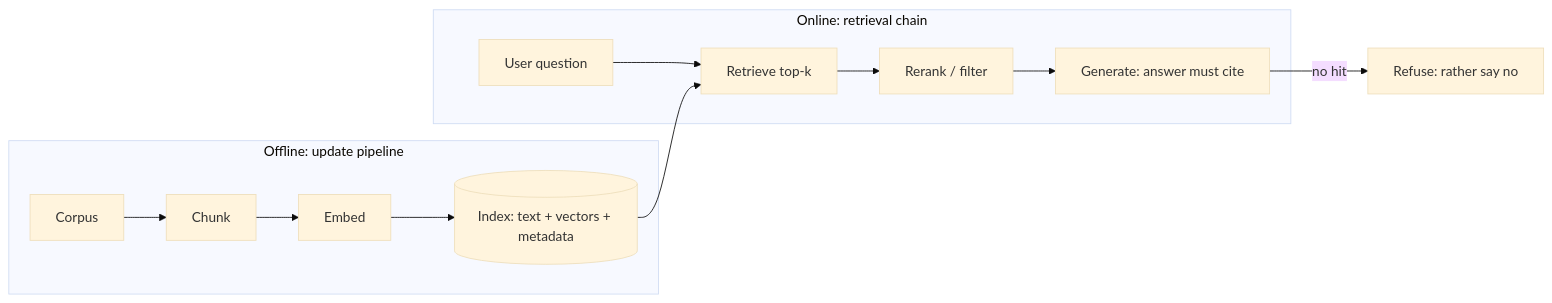
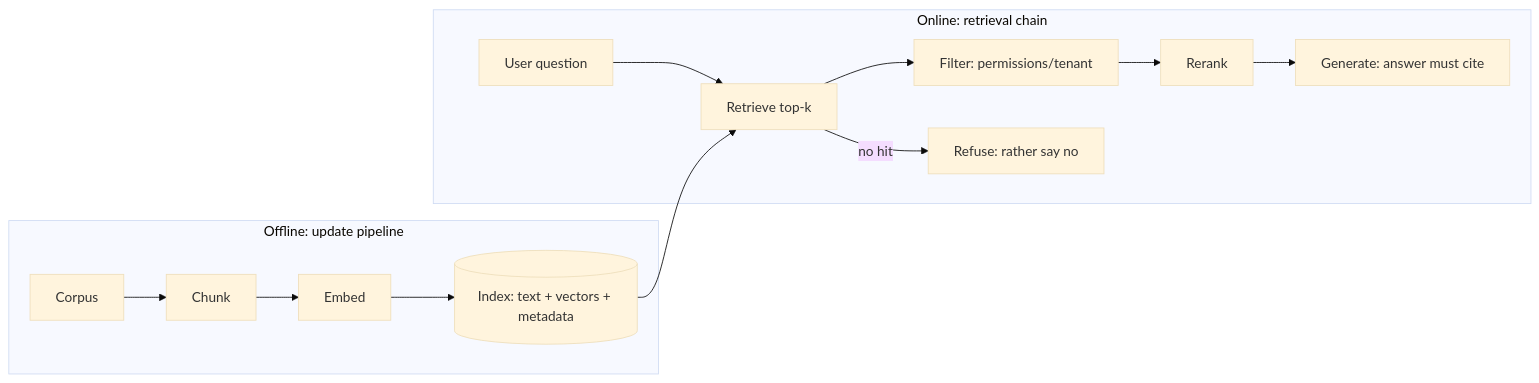
Before and after one commit to zenHeart/learn-ai: the diagram in docs/tech/04-grounding/index.md, drawn with Mermaid (base theme). The commit also changed other lines of this file and 67 other files, not shown here.

````diff
--- a/docs/tech/04-grounding/index.md
+++ b/docs/tech/04-grounding/index.md
@@ -35,11 +35,11 @@
 ```mermaid
 flowchart LR
     subgraph offline["Offline: update pipeline"]
         A[Corpus] --> B[Chunk] --> C[Embed] --> D[(Index: text + vectors + metadata)]
     end
     subgraph online["Online: retrieval chain"]
-        Q[User question] --> E[Retrieve top-k] --> F[Rerank / filter] --> G[Generate: answer must cite]
+        Q[User question] --> E[Retrieve top-k] --> F[Filter: permissions/tenant] --> G[Rerank] --> H[Generate: answer must cite]
+        E -->|no hit| R[Refuse: rather say no]
     end
     D --> E
-    G -->|no hit| R[Refuse: rather say no]
 ```
````
